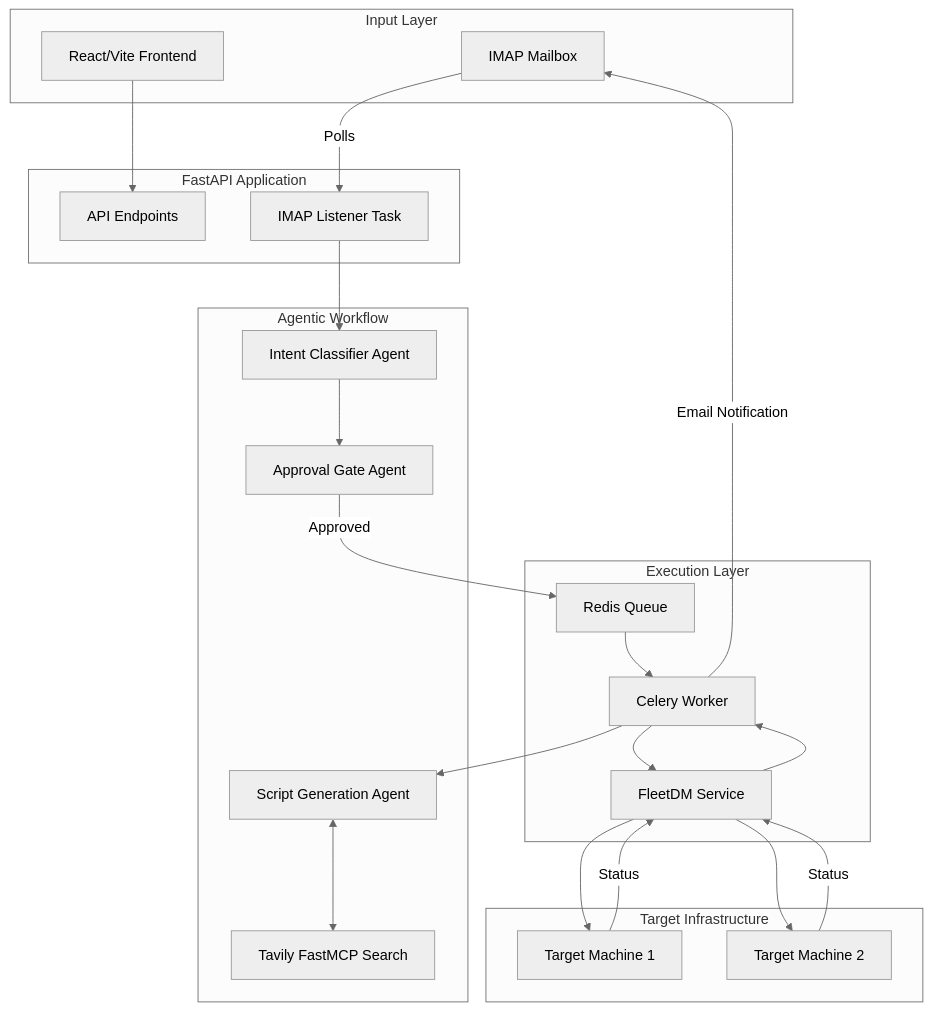
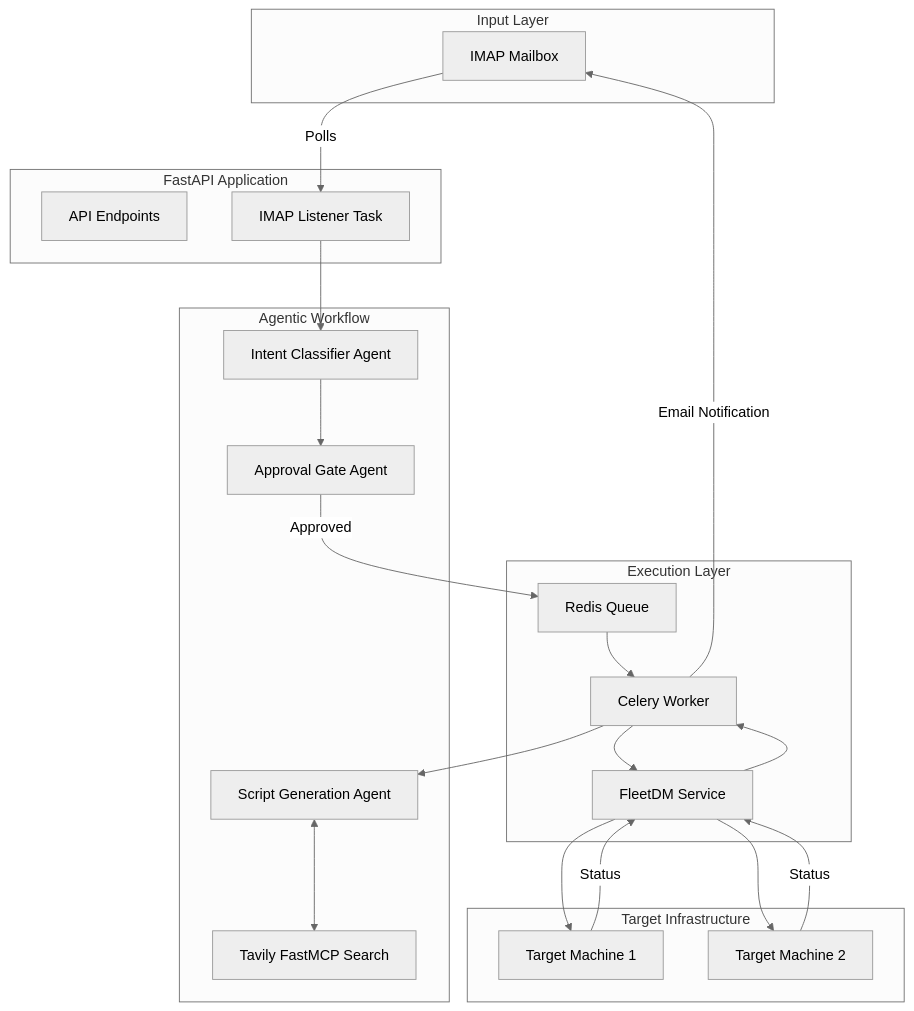
One commit to RashmiSahu2005/Web-Service-Portal changed the diagram in README.md. Above: the diagram before and after it, drawn with Mermaid (neutral theme). The commit also changed other lines of this file and 21 other files, not shown here.

````diff
--- a/README.md
+++ b/README.md
@@ -48,49 +43,47 @@
 ```mermaid
 flowchart TD
     subgraph Input Layer
         Email[IMAP Mailbox]
-        UI[React/Vite Frontend]
-    end
+            end
 
     subgraph Backend Layer [FastAPI Application]
         API[API Endpoints]
         Listener[IMAP Listener Task]
     end
 
     subgraph LangGraph Flow [Agentic Workflow]
         Classifier[Intent Classifier Agent]
         Approval[Approval Gate Agent]
         Generator[Script Generation Agent]
         Search[Tavily FastMCP Search]
     end
 
     subgraph Execution Layer
         Queue[Redis Queue]
         Celery[Celery Worker]
         Fleet[FleetDM Service]
     end
 
     subgraph Target Infrastructure
         Host1[Target Machine 1]
         Host2[Target Machine 2]
     end
 
     Email -->|Polls| Listener
-    UI --> API
-    Listener --> Classifier
+        Listener --> Classifier
     Classifier --> Approval
     Approval -->|Approved| Queue
     
     Queue --> Celery
     Celery --> Generator
     Generator <--> Search
     Celery --> Fleet
     
     Fleet --> Host1
     Fleet --> Host2
     
     Host1 -->|Status| Fleet
     Host2 -->|Status| Fleet
     Fleet --> Celery
     Celery -->|Email Notification| Email
 ```
````
